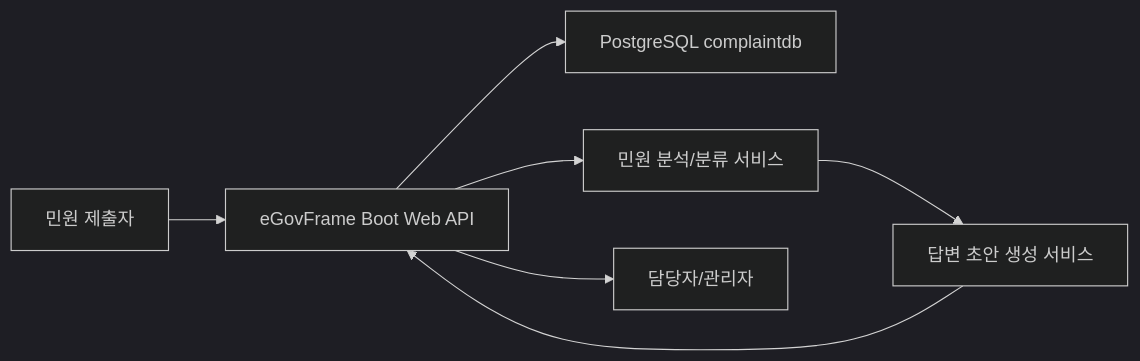
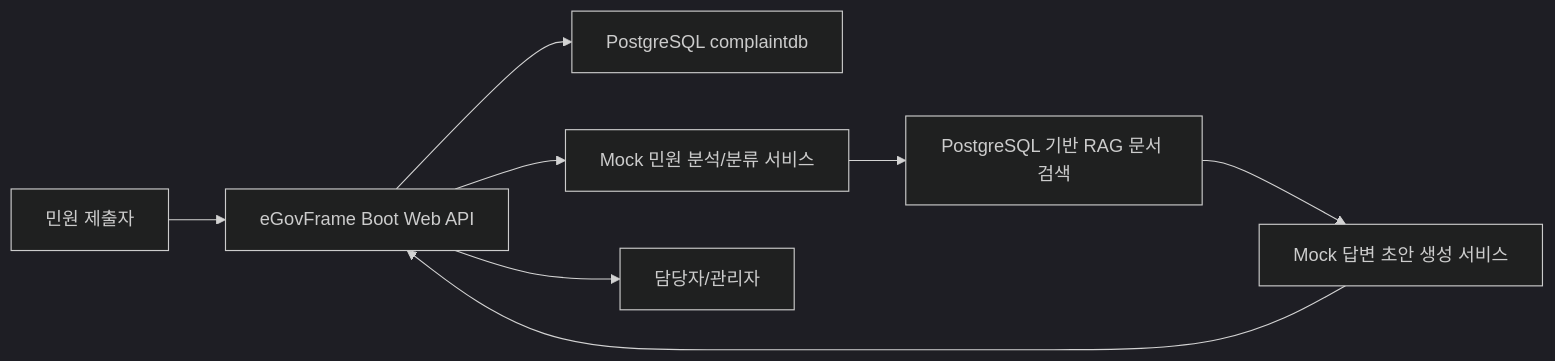
The diagram in PLAN.md (SH-L1/Unstructured), drawn with Mermaid (dark theme) before and after one commit. The commit also changed other lines of this file and 101 other files, not shown here.

````diff
--- a/PLAN.md
+++ b/PLAN.md
@@ -23,9 +23,10 @@
 ```mermaid
 flowchart LR
     Citizen["민원 제출자"] --> API["eGovFrame Boot Web API"]
     API --> DB["PostgreSQL complaintdb"]
-    API --> Analyzer["민원 분석/분류 서비스"]
-    Analyzer --> Draft["답변 초안 생성 서비스"]
+    API --> Analyzer["Mock 민원 분석/분류 서비스"]
+    Analyzer --> Rag["PostgreSQL 기반 RAG 문서 검색"]
+    Rag --> Draft["Mock 답변 초안 생성 서비스"]
     Draft --> API
     API --> Staff["담당자/관리자"]
 ```
````
